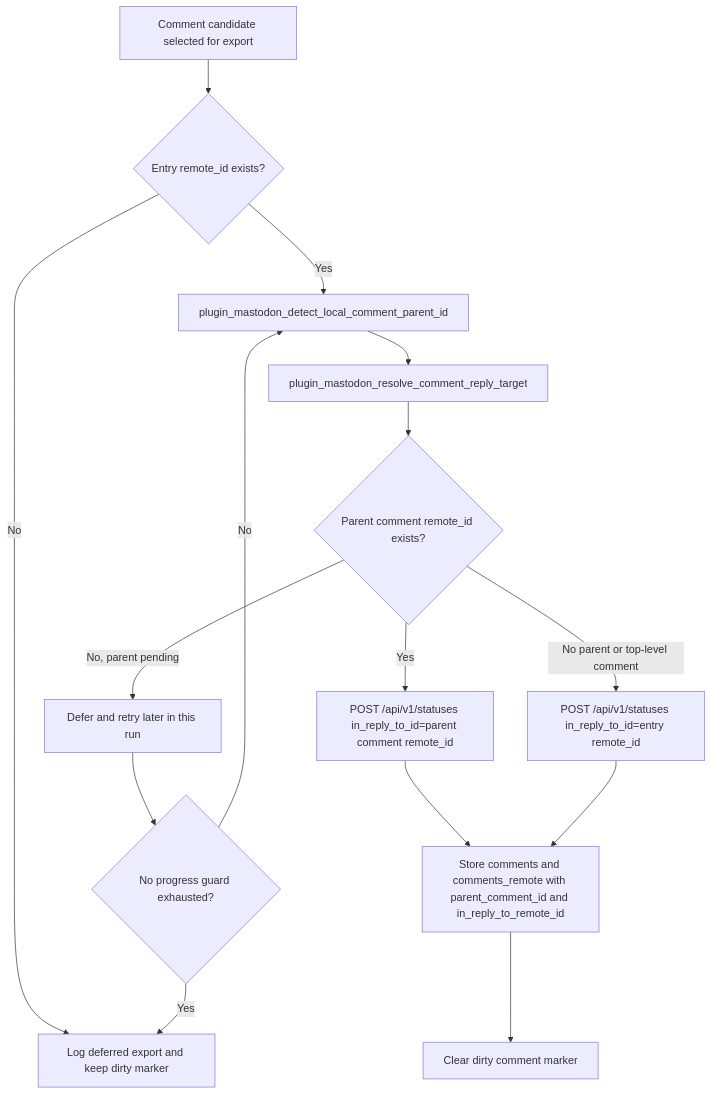
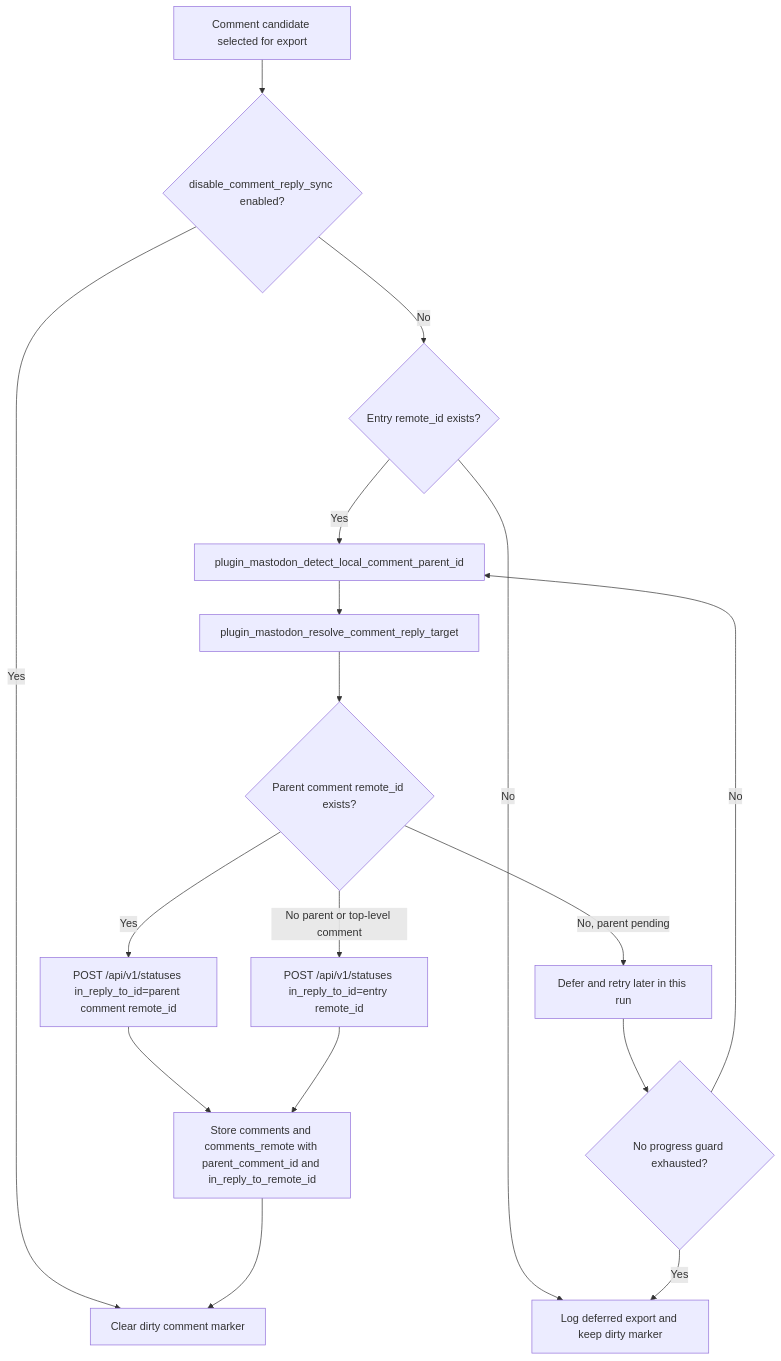
One commit to flatpressblog/flatpress changed diagram 13 of 48 in fp-plugins/mastodon/developer-docs/06-Process-Flow.md. Above: the diagram before and after it, drawn with Mermaid. The commit also changed other lines of this file and 33 other files, not shown here.

````diff
--- a/fp-plugins/mastodon/developer-docs/06-Process-Flow.md
+++ b/fp-plugins/mastodon/developer-docs/06-Process-Flow.md
@@ -397,24 +469,27 @@
 ```mermaid
 flowchart TD
     Candidate["Comment candidate selected for export"]
+    CommentGate{"disable_comment_reply_sync enabled?"}
     EntryRemote{"Entry remote_id exists?"}
     DetectParent["plugin_mastodon_detect_local_comment_parent_id"]
     Resolve["plugin_mastodon_resolve_comment_reply_target"]
     ParentRemote{"Parent comment remote_id exists?"}
     Defer["Defer and retry later in this run"]
     NoProgress{"No progress guard exhausted?"}
     LogDeferred["Log deferred export and keep dirty marker"]
     ReplyToParent["POST /api/v1/statuses in_reply_to_id=parent comment remote_id"]
     ReplyToEntry["POST /api/v1/statuses in_reply_to_id=entry remote_id"]
     Mapping["Store comments and comments_remote with parent_comment_id and in_reply_to_remote_id"]
     ClearDirty["Clear dirty comment marker"]
 
-    Candidate --> EntryRemote
+    Candidate --> CommentGate
+    CommentGate -- "Yes" --> ClearDirty
+    CommentGate -- "No" --> EntryRemote
     EntryRemote -- "No" --> LogDeferred
     EntryRemote -- "Yes" --> DetectParent --> Resolve --> ParentRemote
     ParentRemote -- "Yes" --> ReplyToParent --> Mapping --> ClearDirty
     ParentRemote -- "No, parent pending" --> Defer --> NoProgress
     NoProgress -- "No" --> DetectParent
     NoProgress -- "Yes" --> LogDeferred
     ParentRemote -- "No parent or top-level comment" --> ReplyToEntry --> Mapping
 ```
````
